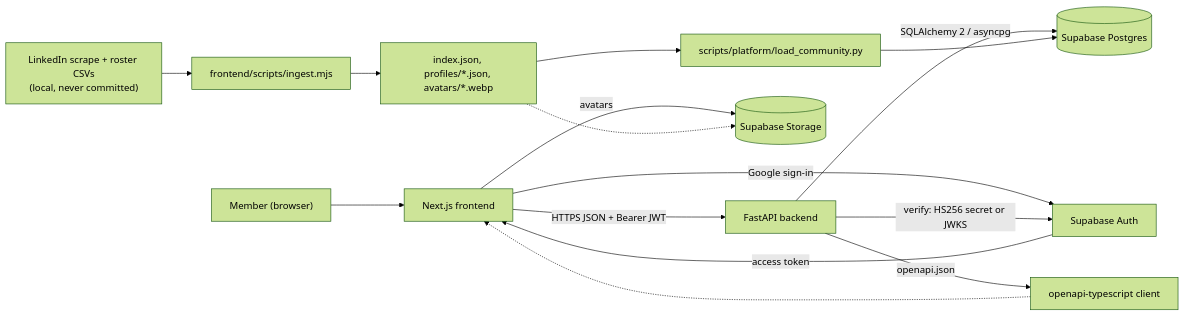
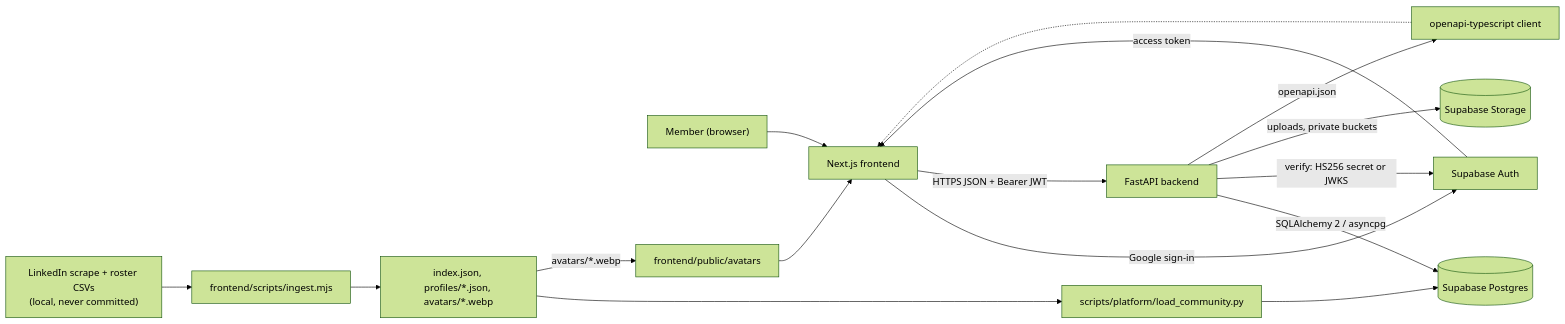
The first of 4 diagrams in docs/architecture.md (kkkamur07/cdtm-job), drawn with Mermaid (forest theme) before and after one commit. The commit also changed other lines of this file and 188 other files, not shown here.

````diff
--- a/docs/architecture.md
+++ b/docs/architecture.md
@@ -14,19 +14,20 @@
 ```mermaid
 flowchart LR
     Member["Member (browser)"] --> Web["Next.js frontend"]
     Web -->|"Google sign-in"| SBAuth["Supabase Auth"]
     SBAuth -->|"access token"| Web
     Web -->|"HTTPS JSON + Bearer JWT"| API["FastAPI backend"]
     API -->|"SQLAlchemy 2 / asyncpg"| DB[("Supabase Postgres")]
     API -->|"verify: HS256 secret or JWKS"| SBAuth
-    Web -->|"avatars"| Storage[("Supabase Storage")]
+    API -->|"uploads, private buckets"| Storage[("Supabase Storage")]
 
     Scrape["LinkedIn scrape + roster CSVs<br/>(local, never committed)"] --> Ingest["frontend/scripts/ingest.mjs"]
     Ingest --> Files["index.json, profiles/*.json, avatars/*.webp"]
     Files --> Loader["scripts/platform/load_community.py"]
     Loader --> DB
-    Files -.-> Storage
+    Files -->|"avatars/*.webp"| Public["frontend/public/avatars"]
+    Public --> Web
 
     API -->|"openapi.json"| Client["openapi-typescript client"]
     Client -.-> Web
 ```
````
